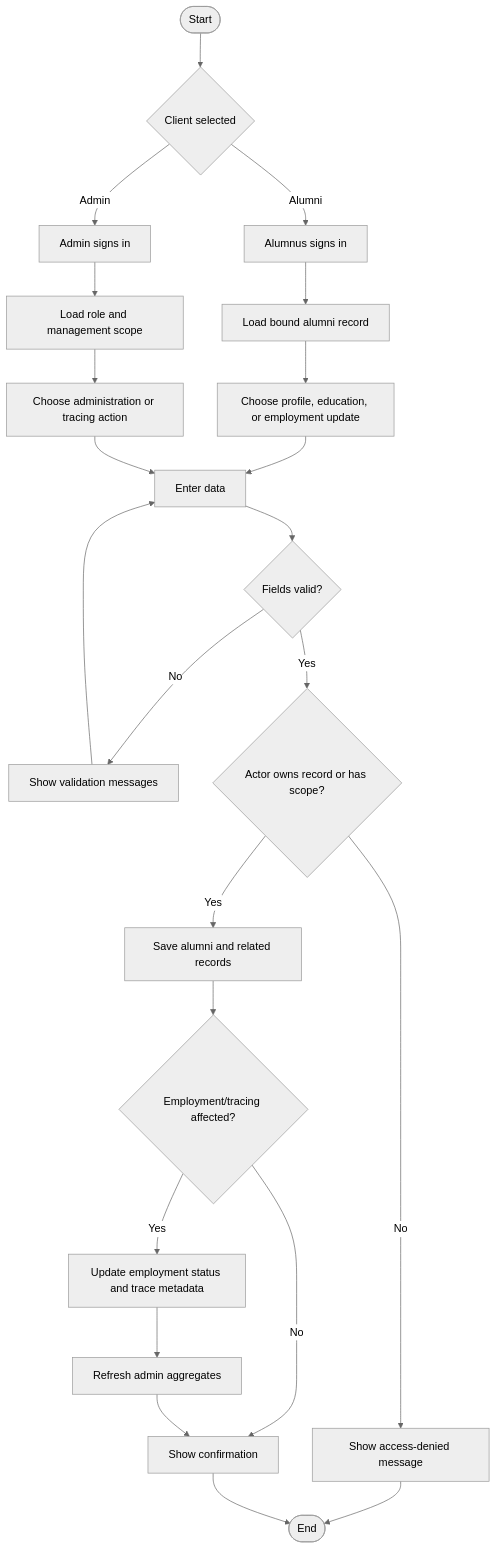
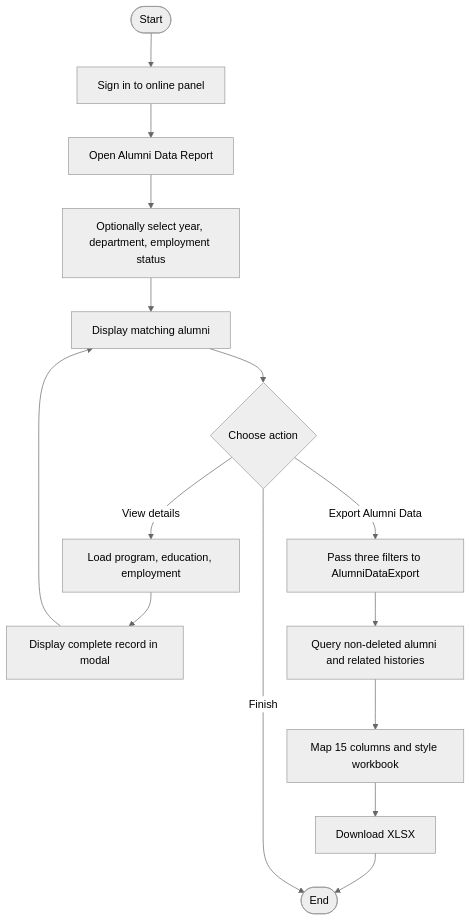
The second of 4 diagrams in object-modeling.md (zrlldy/alumni-tracer), drawn with Mermaid (neutral theme) before and after one commit. The commit also changed other lines of this file and 19 other files, not shown here.

Commit message:
added the alumni data report export page

````diff
--- a/object-modeling.md
+++ b/object-modeling.md
@@ -102,25 +79,17 @@
 ```mermaid
 flowchart TD
-    start([Start]) --> client{Client selected}
-    client -->|Alumni| alumnusLogin[Alumnus signs in]
-    client -->|Admin| adminLogin[Admin signs in]
-    alumnusLogin --> ownRecord[Load bound alumni record]
-    adminLogin --> permissions[Load role and management scope]
-    ownRecord --> actionA[Choose profile, education, or employment update]
-    permissions --> actionM[Choose administration or tracing action]
-    actionA --> enterData[Enter data]
-    actionM --> enterData
-    enterData --> valid{Fields valid?}
-    valid -->|No| correct[Show validation messages]
-    correct --> enterData
-    valid -->|Yes| permitted{Actor owns record or has scope?}
-    permitted -->|No| denied[Show access-denied message]
-    denied --> finish([End])
-    permitted -->|Yes| save[Save alumni and related records]
-    save --> tracing{Employment/tracing affected?}
-    tracing -->|Yes| updateStatus[Update employment status and trace metadata]
-    tracing -->|No| confirmation[Show confirmation]
-    updateStatus --> refresh[Refresh admin aggregates]
-    refresh --> confirmation
-    confirmation --> finish
+    S([Start]) --> A[Sign in to online panel]
+    A --> R[Open Alumni Data Report]
+    R --> F[Optionally select year, department, employment status]
+    F --> T[Display matching alumni]
+    T --> O{Choose action}
+    O -->|View details| D[Load program, education, employment]
+    D --> M[Display complete record in modal]
+    M --> T
+    O -->|Export Alumni Data| X[Pass three filters to AlumniDataExport]
+    X --> Q[Query non-deleted alumni and related histories]
+    Q --> W[Map 15 columns and style workbook]
+    W --> L[Download XLSX]
+    L --> Z([End])
+    O -->|Finish| Z
 ```
````
